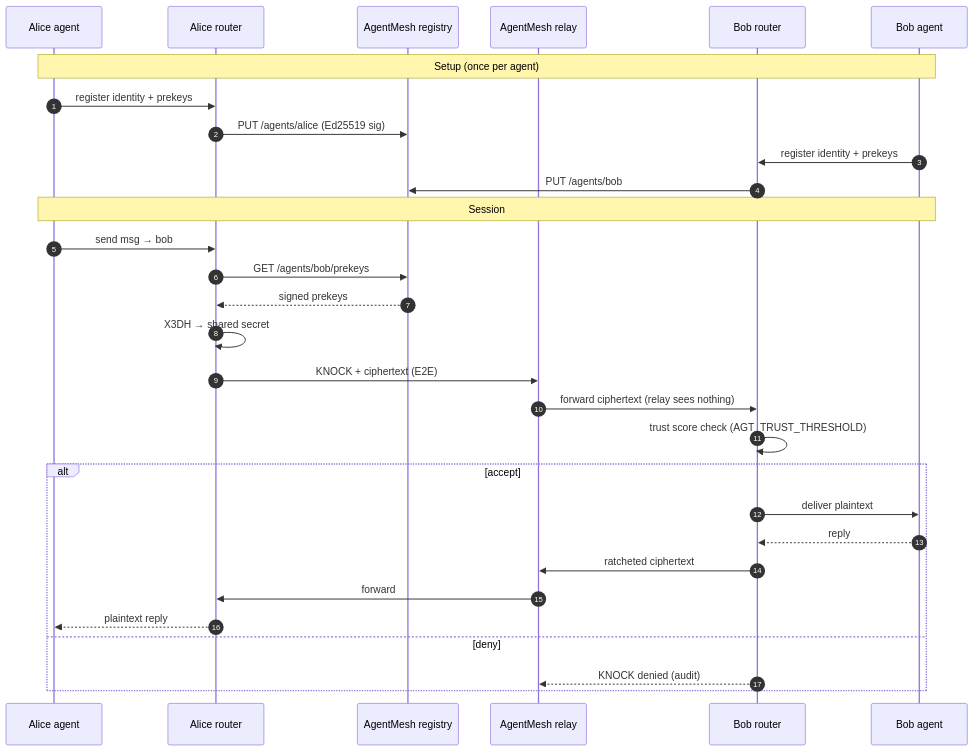
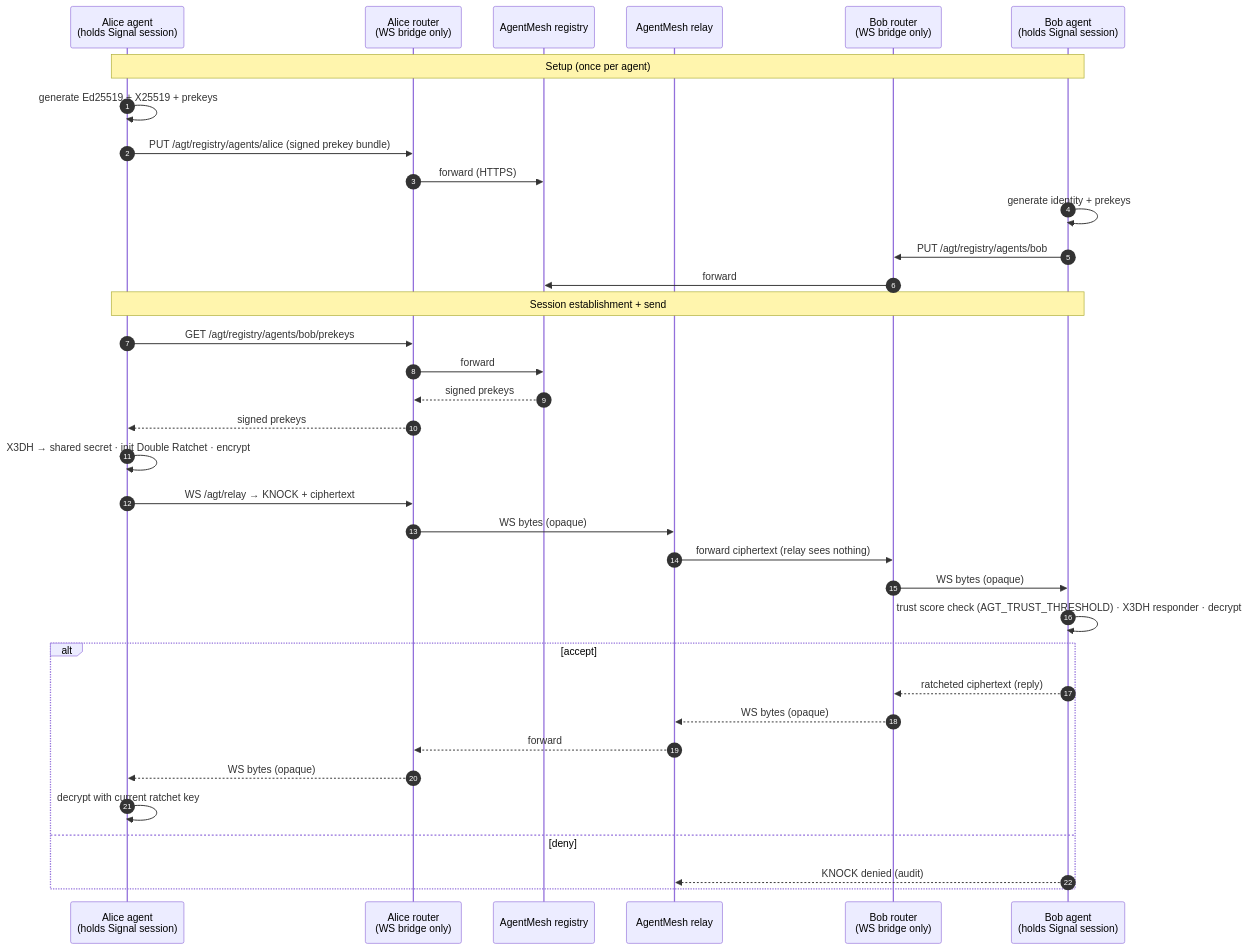
The fourth of 9 diagrams in docs/architecture-diagrams.md (lachie83/kars), drawn with Mermaid before and after one commit. The commit also changed other lines of this file and 26 other files, not shown here.

````diff
--- a/docs/architecture-diagrams.md
+++ b/docs/architecture-diagrams.md
@@ -119,34 +119,39 @@
 ```mermaid
 sequenceDiagram
   autonumber
-  participant A as Alice agent
-  participant Ar as Alice router
+  participant A as Alice agent<br/>(holds Signal session)
+  participant Ar as Alice router<br/>(WS bridge only)
   participant Reg as AgentMesh registry
   participant Rel as AgentMesh relay
-  participant Br as Bob router
-  participant B as Bob agent
+  participant Br as Bob router<br/>(WS bridge only)
+  participant B as Bob agent<br/>(holds Signal session)
 
   Note over A,B: Setup (once per agent)
-  A->>Ar: register identity + prekeys
-  Ar->>Reg: PUT /agents/alice (Ed25519 sig)
-  B->>Br: register identity + prekeys
-  Br->>Reg: PUT /agents/bob
+  A->>A: generate Ed25519 + X25519 + prekeys
+  A->>Ar: PUT /agt/registry/agents/alice (signed prekey bundle)
+  Ar->>Reg: forward (HTTPS)
+  B->>B: generate identity + prekeys
+  B->>Br: PUT /agt/registry/agents/bob
+  Br->>Reg: forward
 
-  Note over A,B: Session
-  A->>Ar: send msg → bob
-  Ar->>Reg: GET /agents/bob/prekeys
+  Note over A,B: Session establishment + send
+  A->>Ar: GET /agt/registry/agents/bob/prekeys
+  Ar->>Reg: forward
   Reg-->>Ar: signed prekeys
-  Ar->>Ar: X3DH → shared secret
-  Ar->>Rel: KNOCK + ciphertext (E2E)
+  Ar-->>A: signed prekeys
+  A->>A: X3DH → shared secret · init Double Ratchet · encrypt
+  A->>Ar: WS /agt/relay → KNOCK + ciphertext
+  Ar->>Rel: WS bytes (opaque)
   Rel->>Br: forward ciphertext (relay sees nothing)
-  Br->>Br: trust score check (AGT_TRUST_THRESHOLD)
+  Br->>B: WS bytes (opaque)
+  B->>B: trust score check (AGT_TRUST_THRESHOLD) · X3DH responder · decrypt
   alt accept
-    Br->>B: deliver plaintext
-    B-->>Br: reply
-    Br->>Rel: ratcheted ciphertext
-    Rel->>Ar: forward
-    Ar-->>A: plaintext reply
+    B-->>Br: ratcheted ciphertext (reply)
+    Br-->>Rel: WS bytes (opaque)
+    Rel-->>Ar: forward
+    Ar-->>A: WS bytes (opaque)
+    A->>A: decrypt with current ratchet key
   else deny
-    Br-->>Rel: KNOCK denied (audit)
+    B-->>Rel: KNOCK denied (audit)
   end
 ```
````
